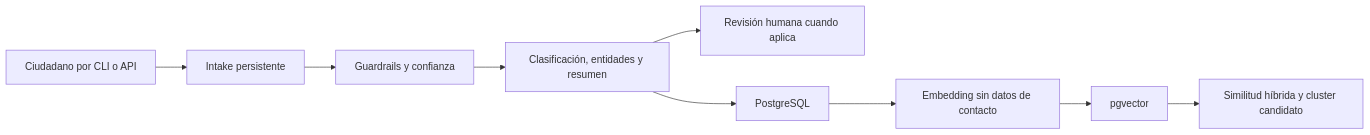
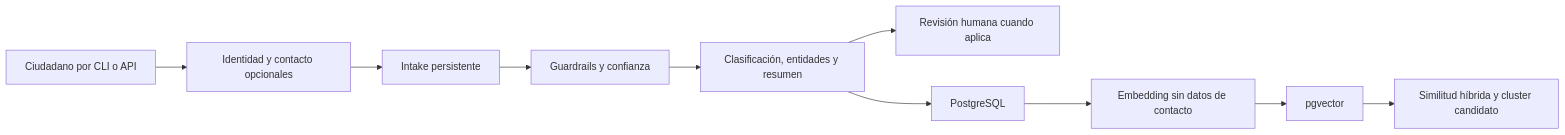
The first of 2 diagrams in docs/architecture.md (andazo/SGCIU), drawn with Mermaid before and after one commit. The commit also changed other lines of this file and 5 other files, not shown here.

````diff
--- a/docs/architecture.md
+++ b/docs/architecture.md
@@ -14,11 +14,12 @@
 ```mermaid
 flowchart LR
-    Citizen["Ciudadano por CLI o API"] --> Intake["Intake persistente"]
+    Citizen["Ciudadano por CLI o API"] --> Profile["Identidad y contacto opcionales"]
+    Profile --> Intake["Intake persistente"]
     Intake --> Guardrails["Guardrails y confianza"]
     Guardrails --> Analysis["Clasificación, entidades y resumen"]
     Analysis --> Human["Revisión humana cuando aplica"]
     Analysis --> DB["PostgreSQL"]
     DB --> Embeddings["Embedding sin datos de contacto"]
     Embeddings --> Vector["pgvector"]
     Vector --> Cluster["Similitud híbrida y cluster candidato"]
 ```
````
